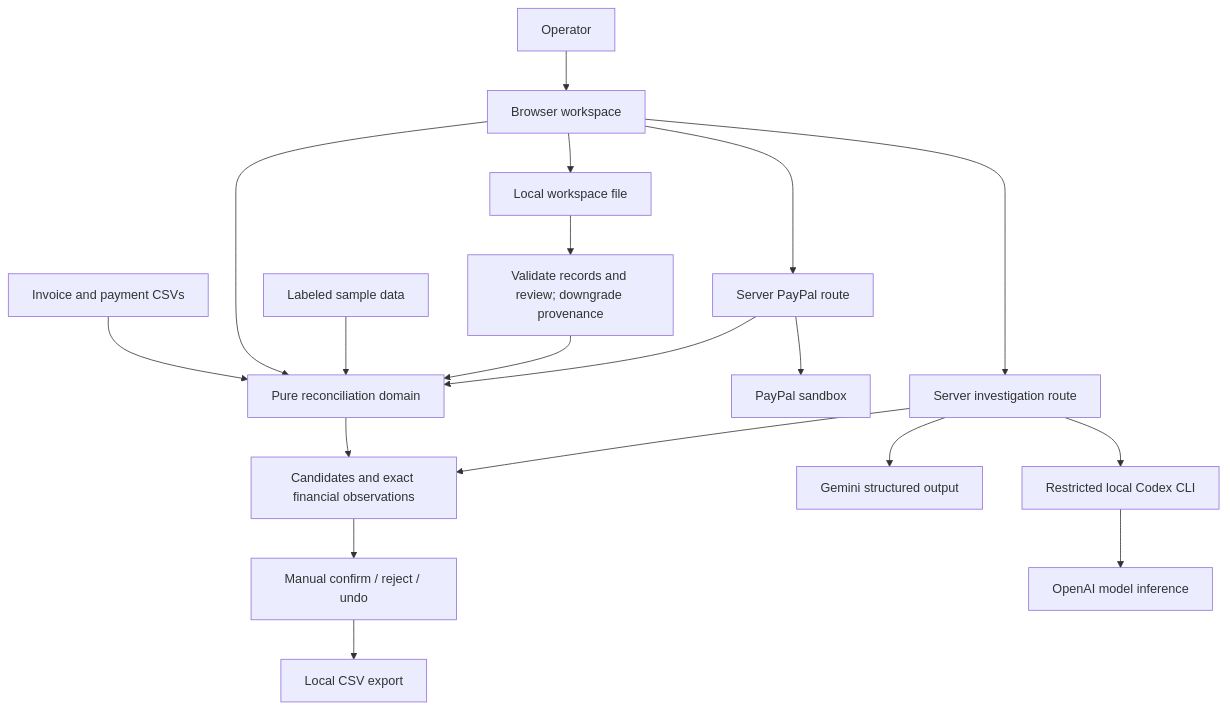
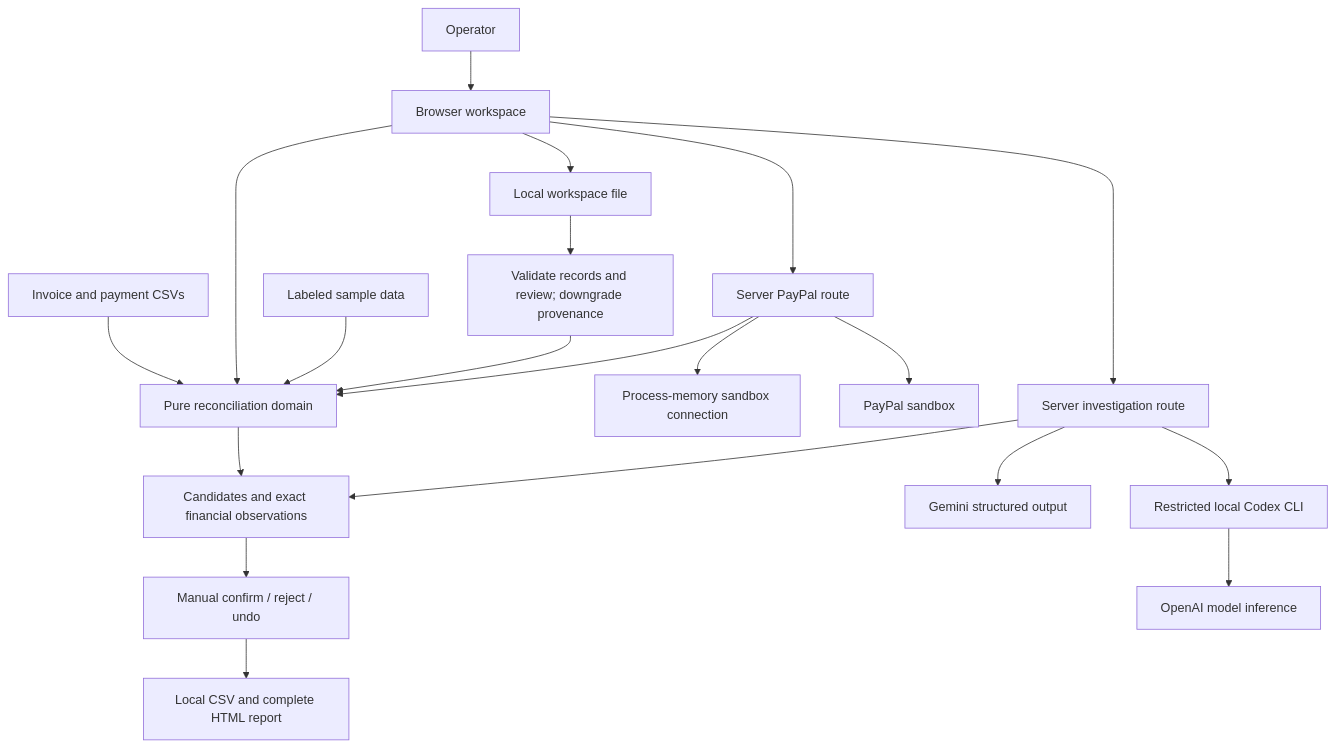
The first of 6 diagrams in ARCHITECTURE.md (Smokeybear10/408.PROJ.paper-ledger), drawn with Mermaid before and after one commit. The commit also changed other lines of this file and 22 other files, not shown here.

````diff
--- a/ARCHITECTURE.md
+++ b/ARCHITECTURE.md
@@ -95,21 +111,22 @@
 ```mermaid
 graph TD
   User[Operator] --> Workspace[Browser workspace]
   Files[Invoice and payment CSVs] --> Domain[Pure reconciliation domain]
   Workspace --> Domain
   Samples[Labeled sample data] --> Domain
   Workspace --> Saved[Local workspace file]
   Saved --> Restore[Validate records and review; downgrade provenance]
   Restore --> Domain
   Domain --> Evidence[Candidates and exact financial observations]
   Evidence --> Review[Manual confirm / reject / undo]
-  Review --> Export[Local CSV export]
+  Review --> Export[Local CSV and complete HTML report]
   Workspace --> PayPalRoute[Server PayPal route]
+  PayPalRoute --> Session[Process-memory sandbox connection]
   PayPalRoute --> Sandbox[PayPal sandbox]
   PayPalRoute --> Domain
   Workspace --> AIRoute[Server investigation route]
   AIRoute --> Model[Gemini structured output]
   AIRoute --> Codex[Restricted local Codex CLI]
   Codex --> OpenAI[OpenAI model inference]
   AIRoute --> Evidence
 ```
````
